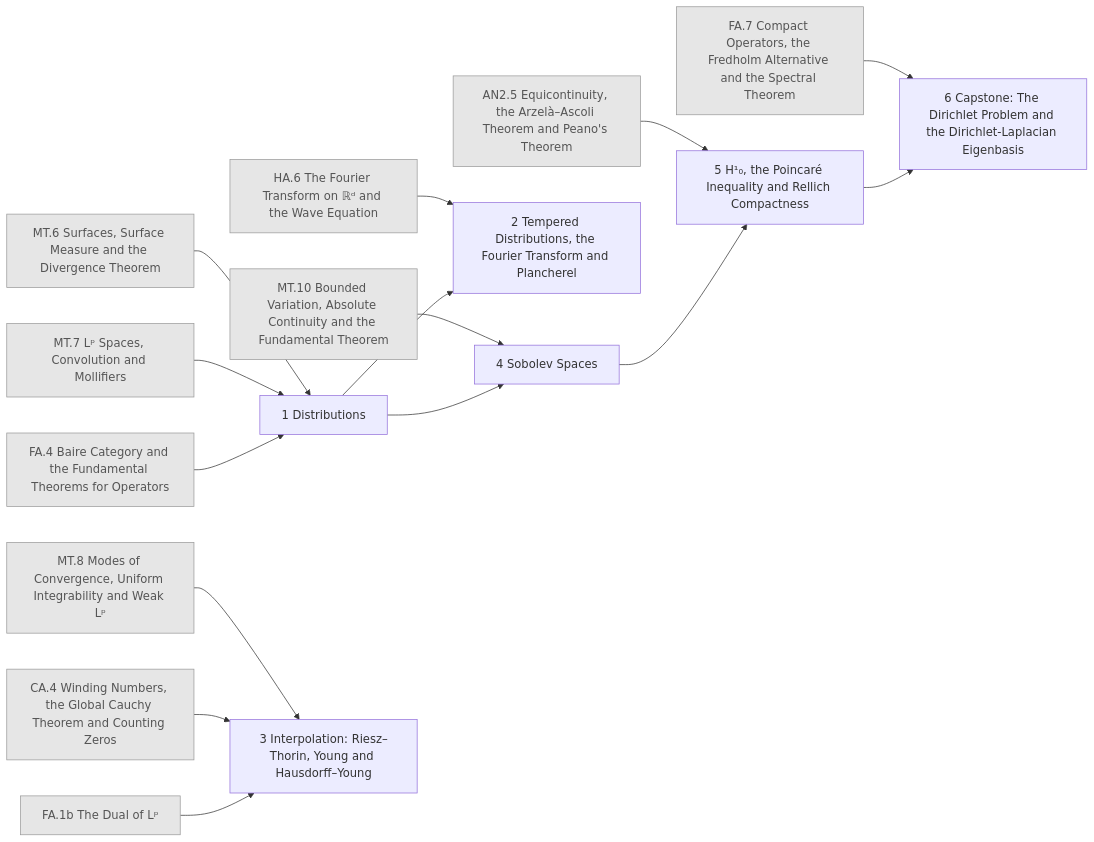
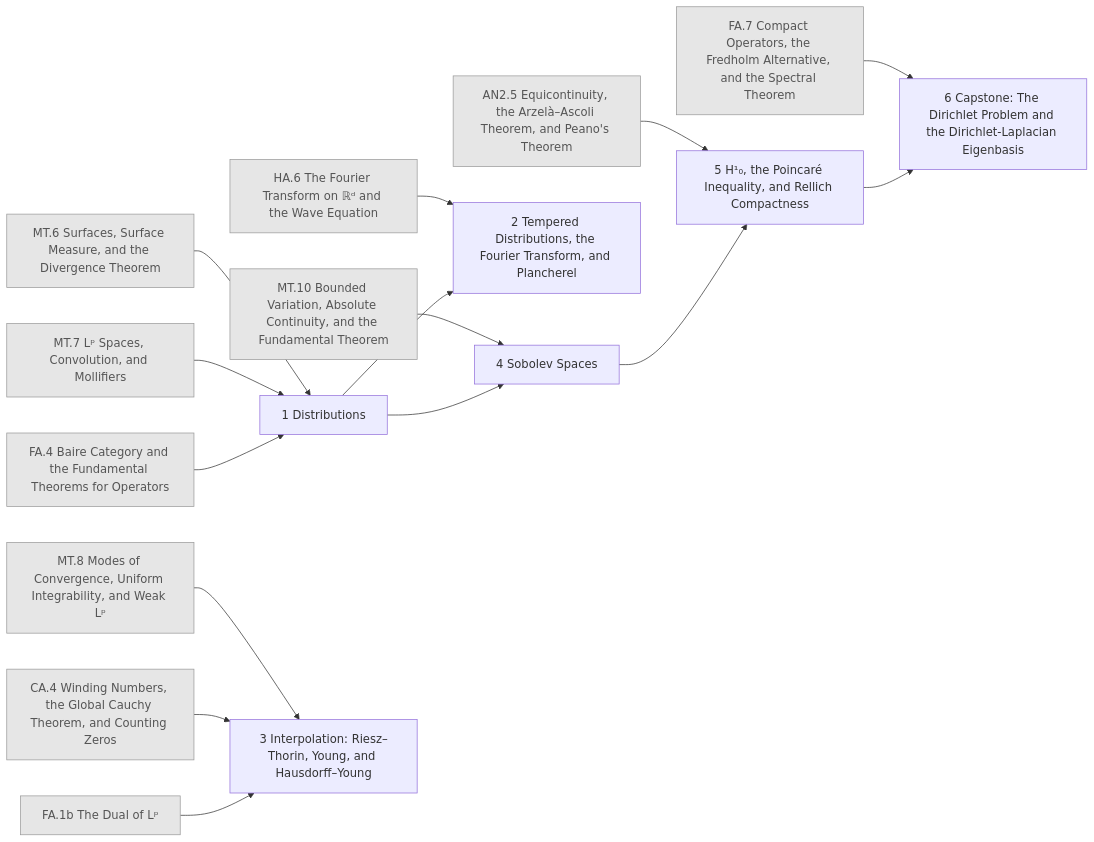
The diagram in generated/chapters/PDE.mmd (AkizumiFox/math-atlas), drawn with Mermaid before and after one commit. The commit also changed 24 other files, not shown here.

```diff
--- a/generated/chapters/PDE.mmd
+++ b/generated/chapters/PDE.mmd
@@ -1,34 +1,34 @@
 flowchart LR
-  AN2_5["AN2.5 Equicontinuity, the Arzelà–Ascoli Theorem and Peano's Theorem"]:::ext
+  AN2_5["AN2.5 Equicontinuity, the Arzelà–Ascoli Theorem, and Peano's Theorem"]:::ext
   HA_6["HA.6 The Fourier Transform on ℝᵈ and the Wave Equation"]:::ext
-  MT_6["MT.6 Surfaces, Surface Measure and the Divergence Theorem"]:::ext
-  MT_7["MT.7 Lᵖ Spaces, Convolution and Mollifiers"]:::ext
-  MT_8["MT.8 Modes of Convergence, Uniform Integrability and Weak Lᵖ"]:::ext
-  MT_10["MT.10 Bounded Variation, Absolute Continuity and the Fundamental Theorem"]:::ext
-  CA_4["CA.4 Winding Numbers, the Global Cauchy Theorem and Counting Zeros"]:::ext
+  MT_6["MT.6 Surfaces, Surface Measure, and the Divergence Theorem"]:::ext
+  MT_7["MT.7 Lᵖ Spaces, Convolution, and Mollifiers"]:::ext
+  MT_8["MT.8 Modes of Convergence, Uniform Integrability, and Weak Lᵖ"]:::ext
+  MT_10["MT.10 Bounded Variation, Absolute Continuity, and the Fundamental Theorem"]:::ext
+  CA_4["CA.4 Winding Numbers, the Global Cauchy Theorem, and Counting Zeros"]:::ext
   FA_1b["FA.1b The Dual of Lᵖ"]:::ext
   FA_4["FA.4 Baire Category and the Fundamental Theorems for Operators"]:::ext
-  FA_7["FA.7 Compact Operators, the Fredholm Alternative and the Spectral Theorem"]:::ext
+  FA_7["FA.7 Compact Operators, the Fredholm Alternative, and the Spectral Theorem"]:::ext
   PDE_1["1 Distributions"]
-  PDE_2["2 Tempered Distributions, the Fourier Transform and Plancherel"]
-  PDE_3["3 Interpolation: Riesz–Thorin, Young and Hausdorff–Young"]
+  PDE_2["2 Tempered Distributions, the Fourier Transform, and Plancherel"]
+  PDE_3["3 Interpolation: Riesz–Thorin, Young, and Hausdorff–Young"]
   PDE_4["4 Sobolev Spaces"]
-  PDE_5["5 H¹₀, the Poincaré Inequality and Rellich Compactness"]
+  PDE_5["5 H¹₀, the Poincaré Inequality, and Rellich Compactness"]
   PDE_6["6 Capstone: The Dirichlet Problem and the Dirichlet-Laplacian Eigenbasis"]
   MT_6 --> PDE_1
   MT_7 --> PDE_1
   FA_4 --> PDE_1
   HA_6 --> PDE_2
   PDE_1 --> PDE_2
   MT_8 --> PDE_3
   CA_4 --> PDE_3
   FA_1b --> PDE_3
   MT_10 --> PDE_4
   PDE_1 --> PDE_4
   AN2_5 --> PDE_5
   PDE_4 --> PDE_5
   FA_7 --> PDE_6
   PDE_5 --> PDE_6
   classDef ext fill:#e6e6e6,stroke:#999,color:#555
   classDef opt fill:#fff,stroke:#999,stroke-dasharray:4 3,color:#555
   classDef segb fill:#f6f6fb,stroke:#99a,color:#333
```
